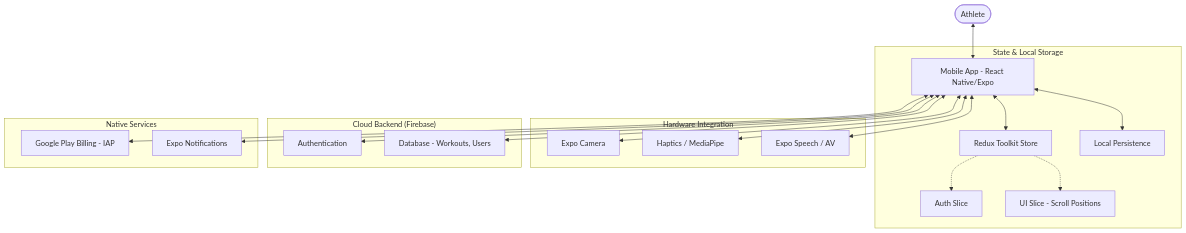
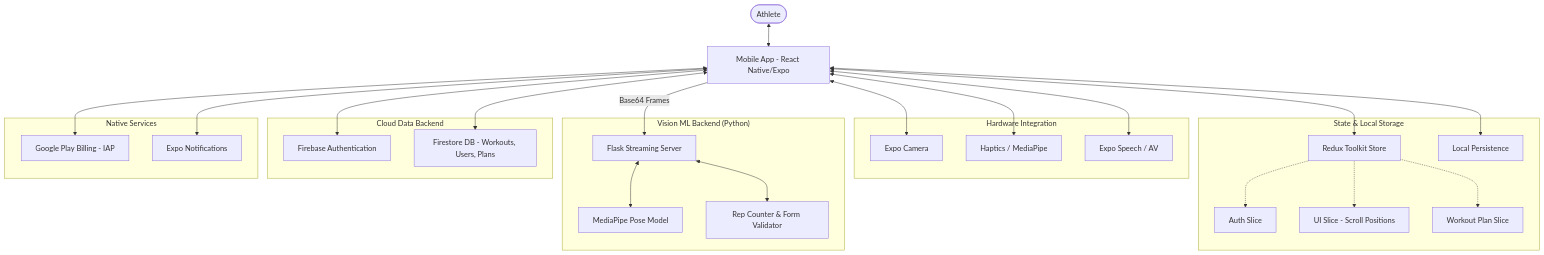
The diagram in README.md (srisaiphanip/FIZI), drawn with Mermaid before and after one commit. The commit also changed other lines of this file and 6 other files, not shown here.

````diff
--- a/README.md
+++ b/README.md
@@ -50,27 +58,53 @@
 ```mermaid
 graph TD
     User([Athlete]) <--> MobileApp[Mobile App - React Native/Expo]
     
     subgraph "State & Local Storage"
-        MobileApp <--> Redux[Redux Toolkit Store]
-        Redux -.-> AuthSlice[Auth Slice]
-        Redux -.-> UISlice[UI Slice - Scroll Positions]
-        MobileApp <--> AsyncStorage[Local Persistence]
+        Redux[Redux Toolkit Store]
+        AuthSlice[Auth Slice]
+        UISlice[UI Slice - Scroll Positions]
+        PlanSlice[Workout Plan Slice]
+        AsyncStorage[Local Persistence]
     end
 
     subgraph "Hardware Integration"
-        MobileApp <--> ExpoCamera[Expo Camera]
-        MobileApp <--> Sensors[Haptics / MediaPipe]
-        MobileApp <--> Audio[Expo Speech / AV]
+        ExpoCamera[Expo Camera]
+        Sensors[Haptics / MediaPipe]
+        Audio[Expo Speech / AV]
     end
 
-    subgraph "Cloud Backend (Firebase)"
-        MobileApp <--> FirebaseAuth[Authentication]
-        MobileApp <--> Firestore[Database - Workouts, Users]
+    subgraph "Vision ML Backend (Python)"
+        PythonServer[Flask Streaming Server]
+        MediaPipe[MediaPipe Pose Model]
+        RepCounter[Rep Counter & Form Validator]
+    end
+
+    subgraph "Cloud Data Backend"
+        FirebaseAuth[Firebase Authentication]
+        Firestore[Firestore DB - Workouts, Users, Plans]
     end
     
     subgraph "Native Services"
-         MobileApp <--> PlayStore[Google Play Billing - IAP]
-         MobileApp <--> FCM[Expo Notifications]
+         PlayStore[Google Play Billing - IAP]
+         FCM[Expo Notifications]
     end
+
+    %% Internal Subgraph Connections
+    Redux -.-> AuthSlice
+    Redux -.-> UISlice
+    Redux -.-> PlanSlice
+    PythonServer <--> MediaPipe
+    PythonServer <--> RepCounter
+
+    %% App Connections
+    MobileApp <--> Redux
+    MobileApp <--> AsyncStorage
+    MobileApp <--> ExpoCamera
+    MobileApp <--> Sensors
+    MobileApp <--> Audio
+    MobileApp -- Base64 Frames --> PythonServer
+    MobileApp <--> FirebaseAuth
+    MobileApp <--> Firestore
+    MobileApp <--> PlayStore
+    MobileApp <--> FCM
 ```
````
